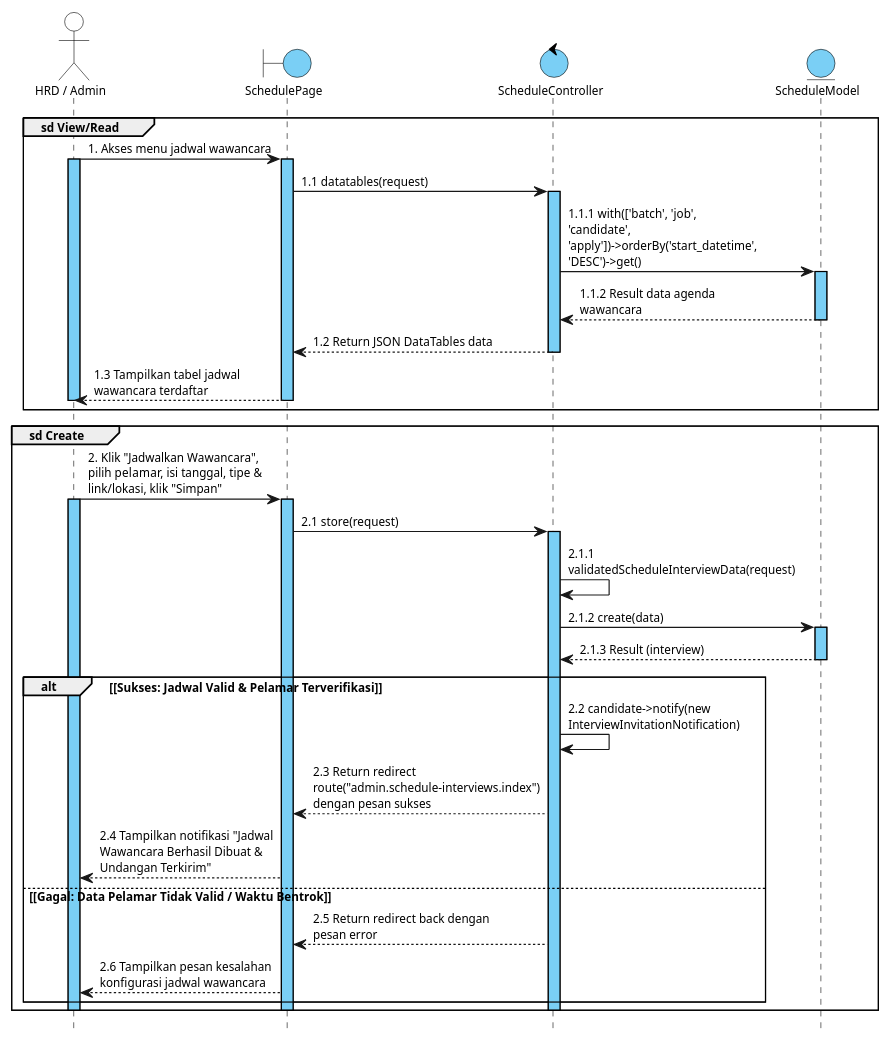
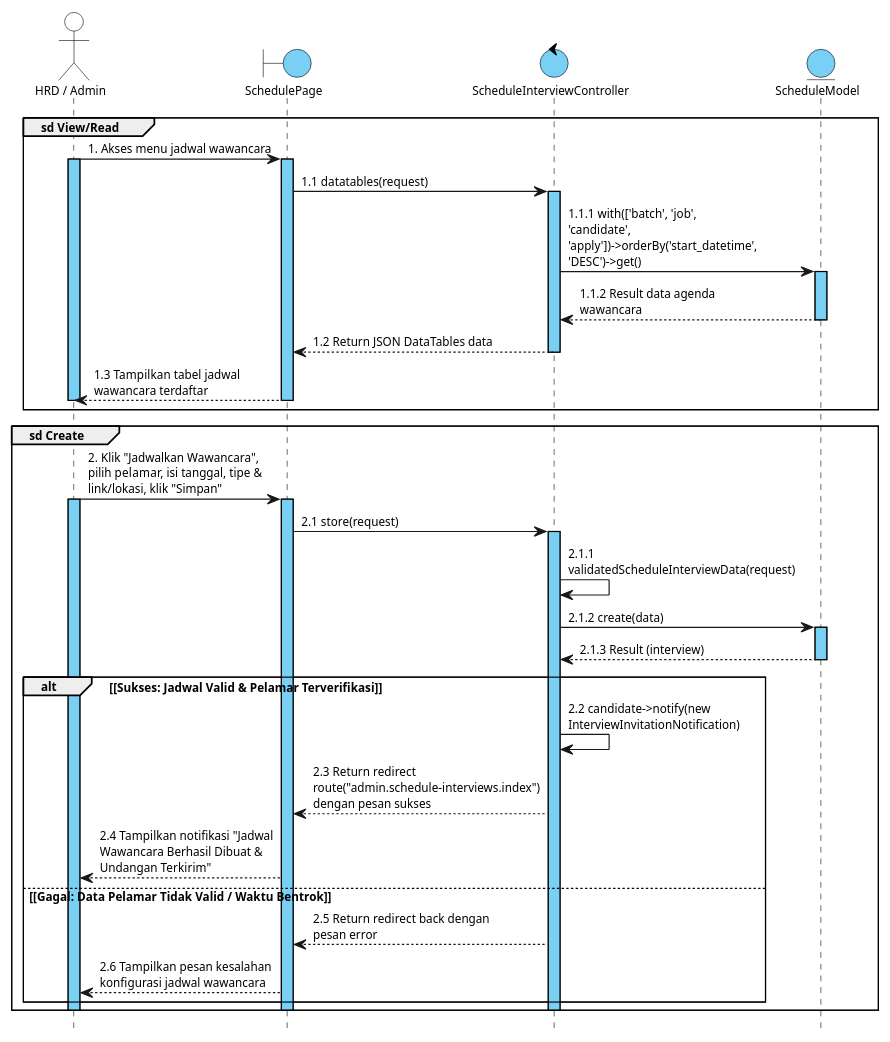
Before and after one commit to Madtive-Studio/klinik_keluarga_career: the diagram in public/assets/diagrams/VP/Sequence/UC-13_Menjadwalkan_Wawancara_Sequence.puml, drawn with PlantUML. The commit also changed 10 other files, not shown here.

Commit message:
docs: sync deployment, class and sequence diagrams and report with codebase

```diff
--- a/public/assets/diagrams/VP/Sequence/UC-13_Menjadwalkan_Wawancara_Sequence.puml
+++ b/public/assets/diagrams/VP/Sequence/UC-13_Menjadwalkan_Wawancara_Sequence.puml
@@ -1,100 +1,100 @@
 @startuml UC-13_Menjadwalkan_Wawancara_Sequence
 skinparam defaultFontName Arial
 skinparam defaultFontSize 10
 skinparam shadowing false
 skinparam sequenceArrowThickness 1
 skinparam sequenceParticipantBorderThickness 1
 skinparam sequenceLifeLineBorderColor #000000
 skinparam sequenceLifeLineBorderThickness 1
 skinparam sequenceLifeLineBackgroundColor #7ACFF5
 skinparam sequenceGroupBorderThickness 1
 skinparam sequenceGroupFontSize 10
 skinparam sequenceGroupHeaderFontColor #000000
 skinparam sequenceGroupFontColor #000000
 skinparam sequenceMessageAlign left
 skinparam responseMessageBelowArrow true
 skinparam maxMessageSize 160
 skinparam pageMargin 10
 hide footbox
 
 skinparam participant {
   BackgroundColor #7ACFF5
   BorderColor #000000
   FontSize 10
 }
 
 skinparam actor {
   BackgroundColor #FFFFFF
   BorderColor #000000
   FontSize 10
 }
 
 skinparam boundary {
   BackgroundColor #7ACFF5
   BorderColor #000000
   FontSize 10
 }
 
 skinparam control {
   BackgroundColor #7ACFF5
   BorderColor #000000
   FontSize 10
 }
 
 skinparam entity {
   BackgroundColor #7ACFF5
   BorderColor #000000
   FontSize 10
 }
 
 ' Deklarasi Lifeline
 actor "HRD / Admin" as HRD
 boundary "SchedulePage" as Page
-control "ScheduleController" as Controller
+control "ScheduleInterviewController" as Controller
 entity "ScheduleModel" as Model
 
 ' Group sd View/Read: Akses Daftar Agenda Wawancara
 group sd View/Read
   HRD -> Page : 1. Akses menu jadwal wawancara
   activate HRD
   activate Page
   Page -> Controller : 1.1 datatables(request)
   activate Controller
   Controller -> Model : 1.1.1 with(['batch', 'job', 'candidate', 'apply'])->orderBy('start_datetime', 'DESC')->get()
   activate Model
   Model --> Controller : 1.1.2 Result data agenda wawancara
   deactivate Model
   Controller --> Page : 1.2 Return JSON DataTables data
   deactivate Controller
   Page --> HRD : 1.3 Tampilkan tabel jadwal wawancara terdaftar
   deactivate Page
   deactivate HRD
 end
 
 ' Group sd Create: Buat Jadwal & Kirim Undangan Wawancara
 group sd Create
   HRD -> Page : 2. Klik "Jadwalkan Wawancara", pilih pelamar, isi tanggal, tipe & link/lokasi, klik "Simpan"
   activate HRD
   activate Page
   Page -> Controller : 2.1 store(request)
   activate Controller
   Controller -> Controller : 2.1.1 validatedScheduleInterviewData(request)
   Controller -> Model : 2.1.2 create(data)
   activate Model
   Model --> Controller : 2.1.3 Result (interview)
   deactivate Model
 
   alt <font color=black>[Sukses: Jadwal Valid & Pelamar Terverifikasi]</font>
     Controller -> Controller : 2.2 candidate->notify(new InterviewInvitationNotification)
     Controller --> Page : 2.3 Return redirect route("admin.schedule-interviews.index") dengan pesan sukses
     Page --> HRD : 2.4 Tampilkan notifikasi "Jadwal Wawancara Berhasil Dibuat & Undangan Terkirim"
   else <font color=black>[Gagal: Data Pelamar Tidak Valid / Waktu Bentrok]</font>
     Controller --> Page : 2.5 Return redirect back dengan pesan error
     Page --> HRD : 2.6 Tampilkan pesan kesalahan konfigurasi jadwal wawancara
   end
   deactivate Controller
   deactivate Page
   deactivate HRD
 end
 
 @enduml
```
